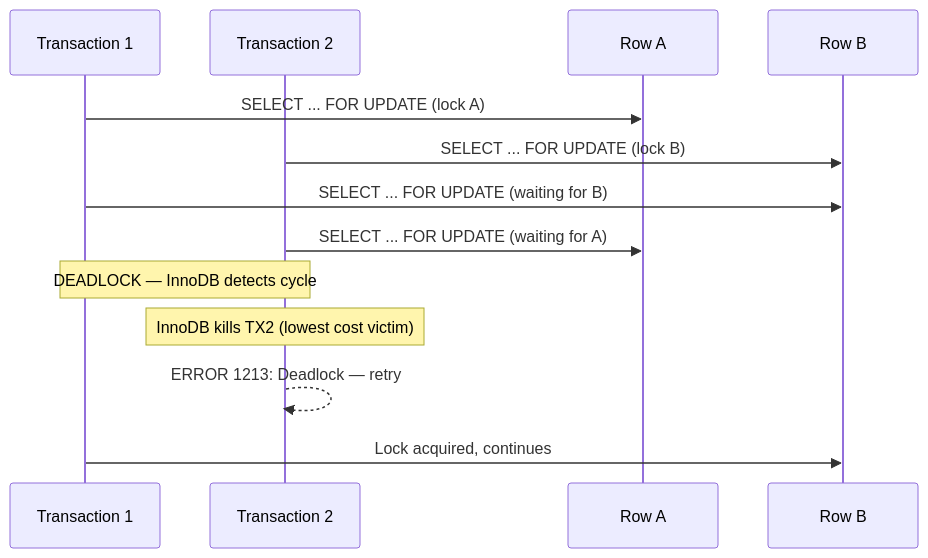
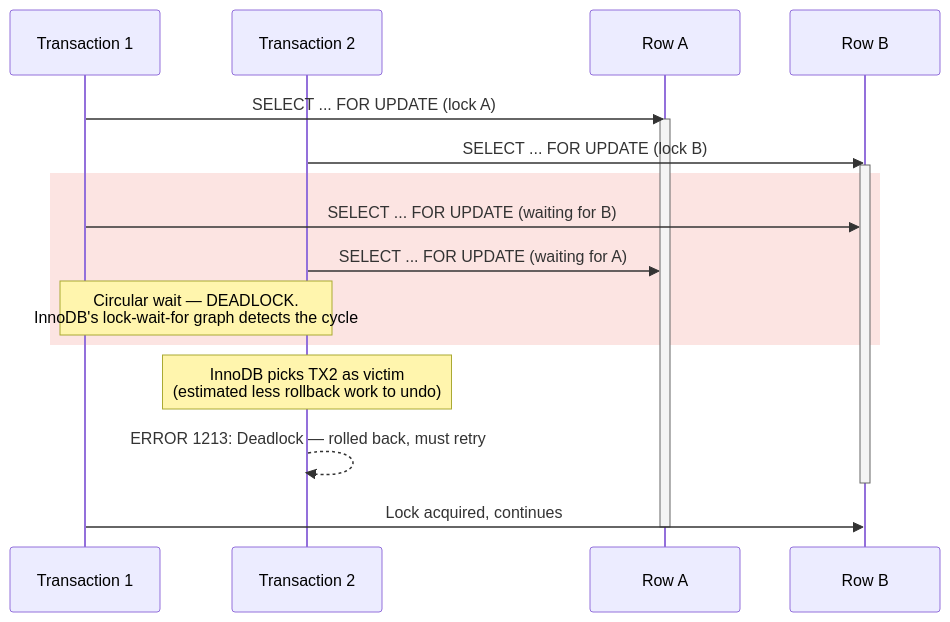
Before and after one commit to deepanshu-rawat6/DevOpsIndex: the seventh of 7 diagrams in databases/mysql-internals.md, drawn with Mermaid. The commit also changed other lines of this file and 7 other files, not shown here.

````diff
--- a/databases/mysql-internals.md
+++ b/databases/mysql-internals.md
@@ -176,16 +468,24 @@
 ```mermaid
 sequenceDiagram
     participant TX1 as Transaction 1
     participant TX2 as Transaction 2
     participant ROW_A as Row A
     participant ROW_B as Row B
 
     TX1->>ROW_A: SELECT ... FOR UPDATE (lock A)
+    activate ROW_A
     TX2->>ROW_B: SELECT ... FOR UPDATE (lock B)
+    activate ROW_B
+
+    rect rgba(231, 76, 60, 0.15)
     TX1->>ROW_B: SELECT ... FOR UPDATE (waiting for B)
     TX2->>ROW_A: SELECT ... FOR UPDATE (waiting for A)
-    Note over TX1,TX2: DEADLOCK — InnoDB detects cycle
-    Note over TX2: InnoDB kills TX2 (lowest cost victim)
-    TX2-->>TX2: ERROR 1213: Deadlock — retry
+    Note over TX1,TX2: Circular wait — DEADLOCK.<br/>InnoDB's lock-wait-for graph detects the cycle
+    end
+
+    Note over TX2: InnoDB picks TX2 as victim<br/>(estimated less rollback work to undo)
+    TX2-->>TX2: ERROR 1213: Deadlock — rolled back, must retry
+    deactivate ROW_B
     TX1->>ROW_B: Lock acquired, continues
+    deactivate ROW_A
 ```
````
